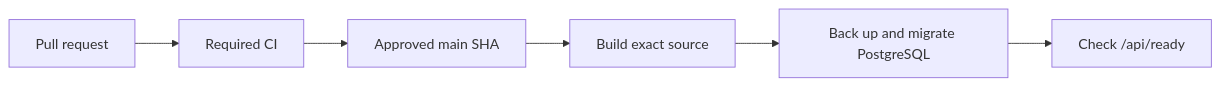
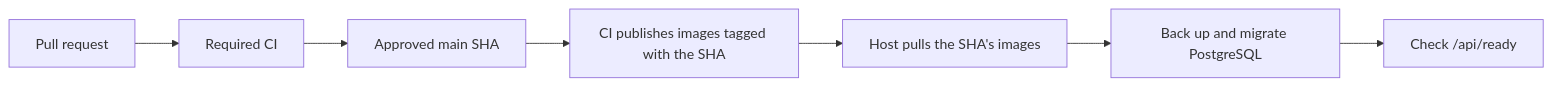
One commit to artpods56/grafY changed the diagram in docs/how-to-deploy-production.md. Above: the diagram before and after it, drawn with Mermaid. The commit also changed other lines of this file and 11 other files, not shown here.

First line of the commit message:
feat(deploy): deploy from CI-published SHA-tagged images instead of host

````diff
--- a/docs/how-to-deploy-production.md
+++ b/docs/how-to-deploy-production.md
@@ -12,8 +14,9 @@
 ```mermaid
 flowchart LR
 	PR["Pull request"] --> CI["Required CI"]
 	CI --> SHA["Approved main SHA"]
-	SHA --> Build["Build exact source"]
-	Build --> DB["Back up and migrate PostgreSQL"]
+	SHA --> Images["CI publishes images tagged with the SHA"]
+	Images --> Pull["Host pulls the SHA's images"]
+	Pull --> DB["Back up and migrate PostgreSQL"]
 	DB --> Ready["Check /api/ready"]
 ```
````
